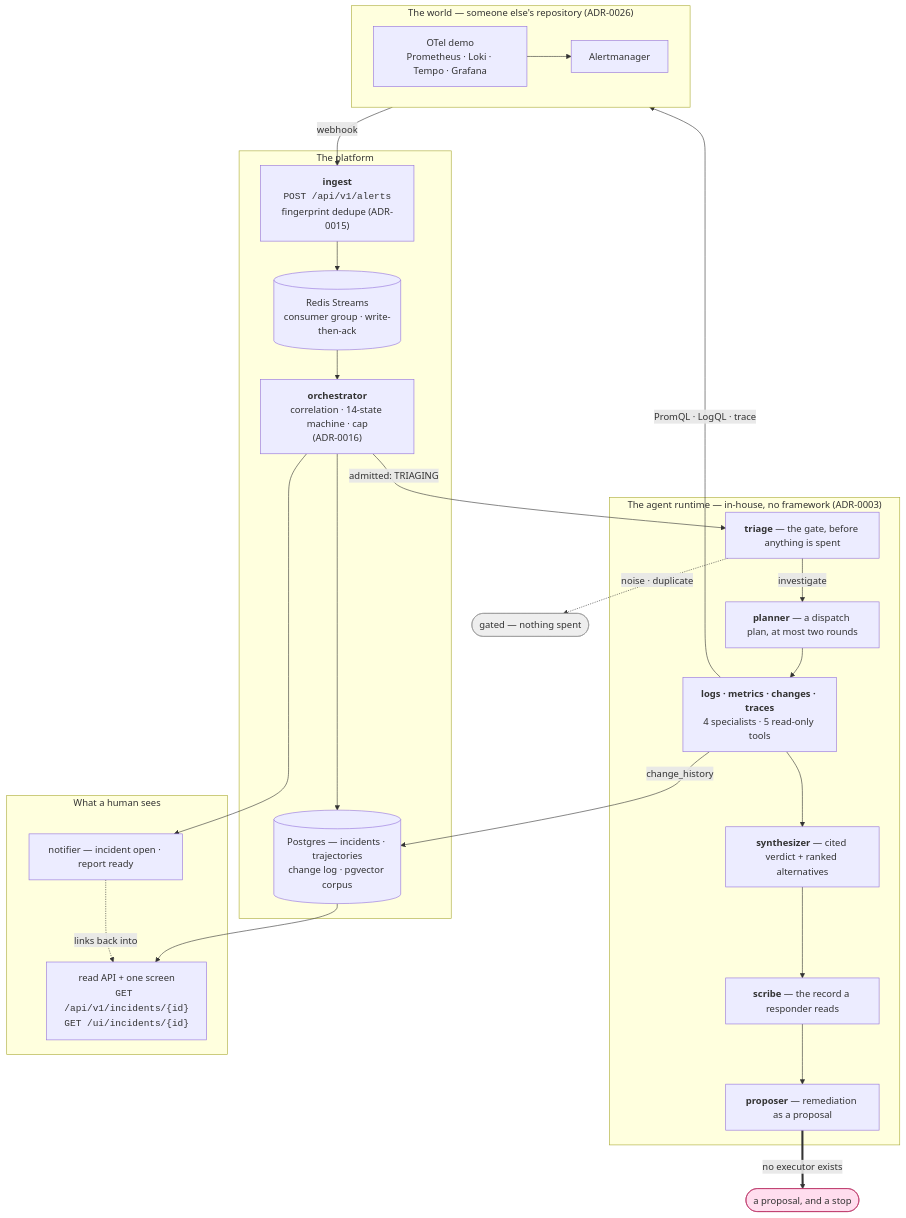
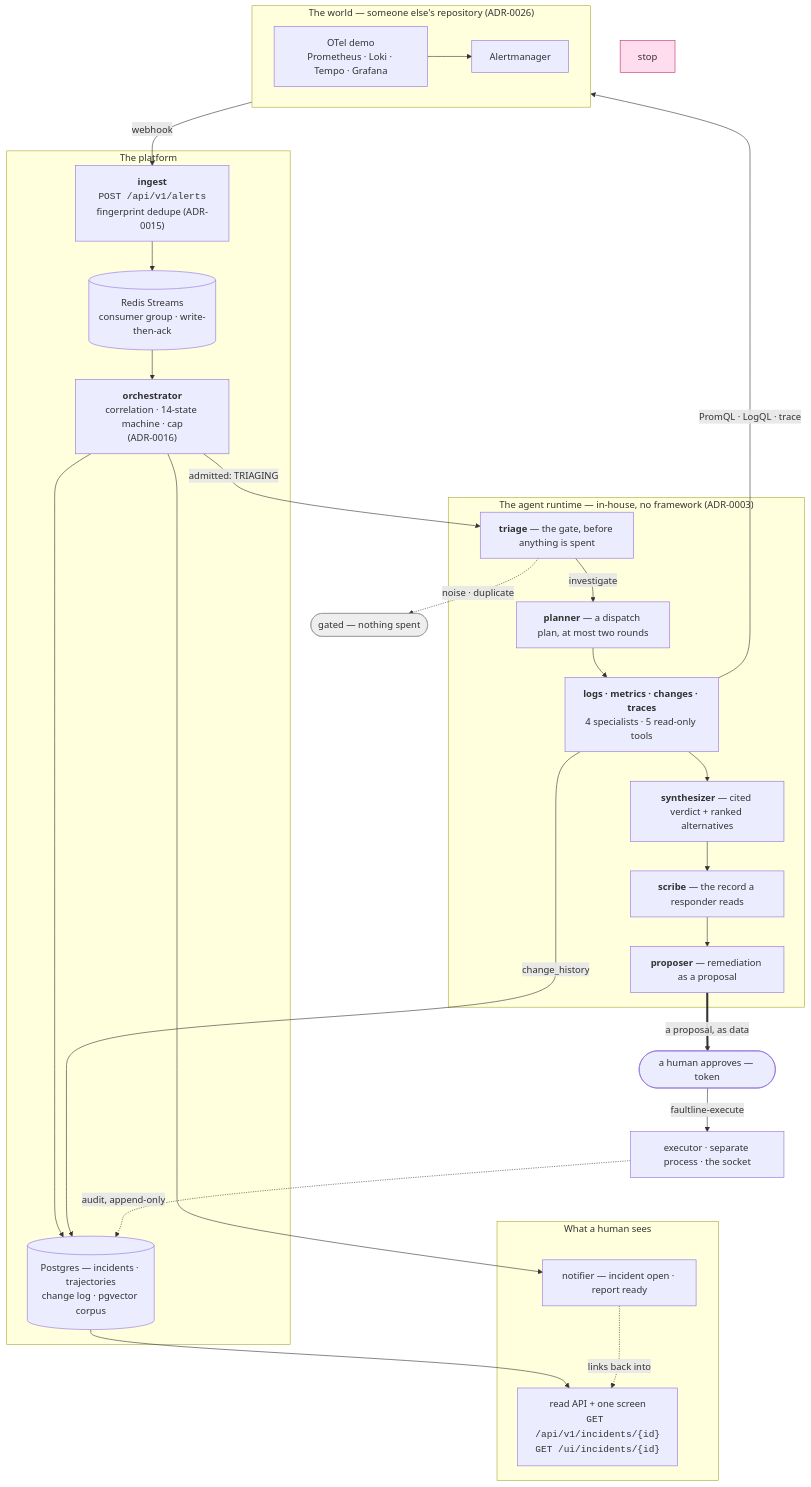
The first of 2 diagrams in docs/ARCHITECTURE.md (ChandanaRoyalS/faultline), drawn with Mermaid before and after one commit. The commit also changed other lines of this file and 31 other files, not shown here.

````diff
--- a/docs/ARCHITECTURE.md
+++ b/docs/ARCHITECTURE.md
@@ -15,45 +15,47 @@
 ```mermaid
 flowchart TB
     subgraph world["The world — someone else's repository (ADR-0026)"]
         direction LR
         otel["OTel demo<br/>Prometheus · Loki · Tempo · Grafana"]
         am["Alertmanager"]
         otel --> am
     end
 
     subgraph platform["The platform"]
         ingest["<b>ingest</b><br/><code>POST /api/v1/alerts</code><br/>fingerprint dedupe (ADR-0015)"]
         bus[("Redis Streams<br/>consumer group · write-then-ack")]
         orch["<b>orchestrator</b><br/>correlation · 14-state machine · cap<br/>(ADR-0016)"]
         pg[("Postgres — incidents · trajectories<br/>change log · pgvector corpus")]
     end
 
     subgraph runtime["The agent runtime — in-house, no framework (ADR-0003)"]
         triage["<b>triage</b> — the gate, before anything is spent"]
         planner["<b>planner</b> — a dispatch plan, at most two rounds"]
         spec["<b>logs · metrics · changes · traces</b><br/>4 specialists · 5 read-only tools"]
         synth["<b>synthesizer</b> — cited verdict + ranked alternatives"]
         scribe["<b>scribe</b> — the record a responder reads"]
         prop["<b>proposer</b> — remediation as a proposal"]
     end
 
     subgraph surfaces["What a human sees"]
         api["read API + one screen<br/><code>GET /api/v1/incidents/{id}</code><br/><code>GET /ui/incidents/{id}</code>"]
         notify["notifier — incident open · report ready"]
     end
 
     am -->|webhook| ingest --> bus --> orch
     orch --> pg
     orch -->|"admitted: TRIAGING"| triage
     triage -->|"investigate"| planner --> spec --> synth --> scribe --> prop
     triage -.->|"noise · duplicate"| gated(["gated — nothing spent"])
     spec -->|"PromQL · LogQL · trace"| otel
     spec -->|"change_history"| pg
-    prop ==>|"no executor exists"| stop(["a proposal, and a stop"])
+    prop ==>|"a proposal, as data"| approve(["a human approves — token"])
+    approve -->|"faultline-execute"| exec["executor · separate process · the socket"]
+    exec -.->|"audit, append-only"| pg
     pg --> api
     orch --> notify
     notify -.->|"links back into"| api
 
     style stop fill:#fde,stroke:#b36
     style gated fill:#eee,stroke:#999
 ```
````
